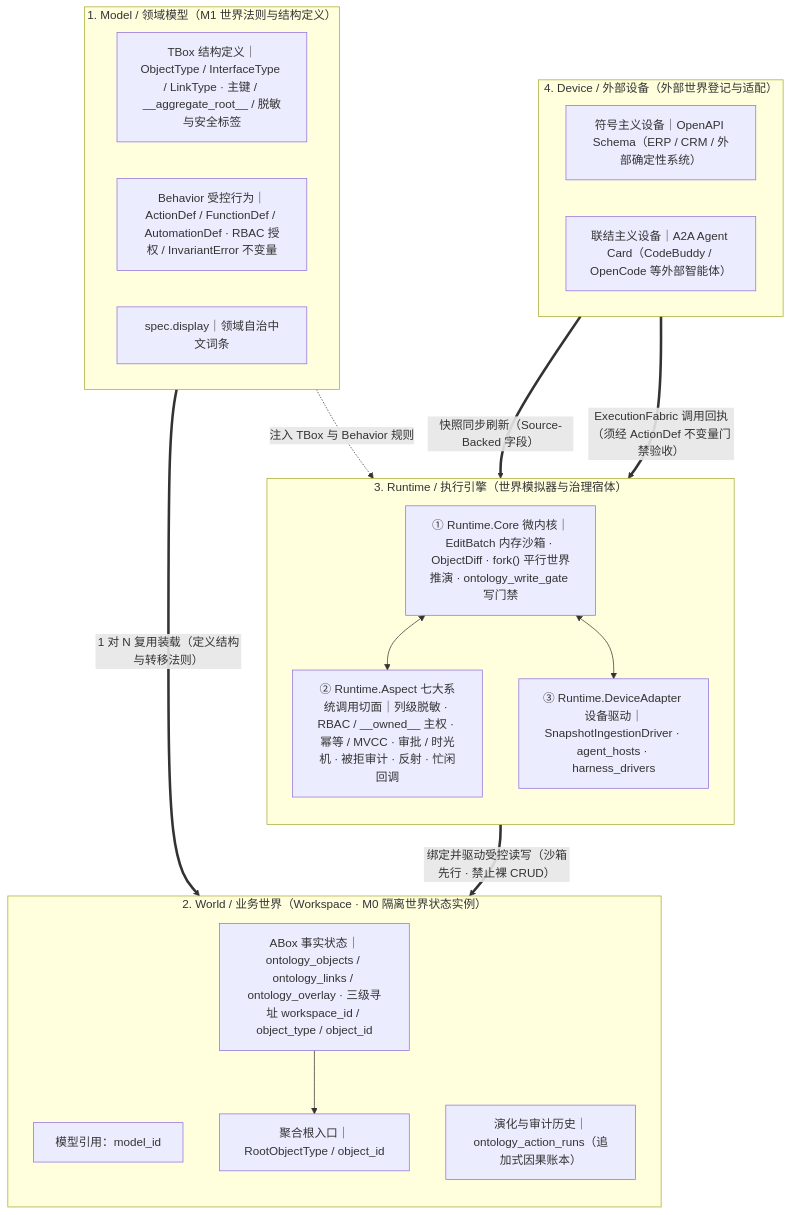
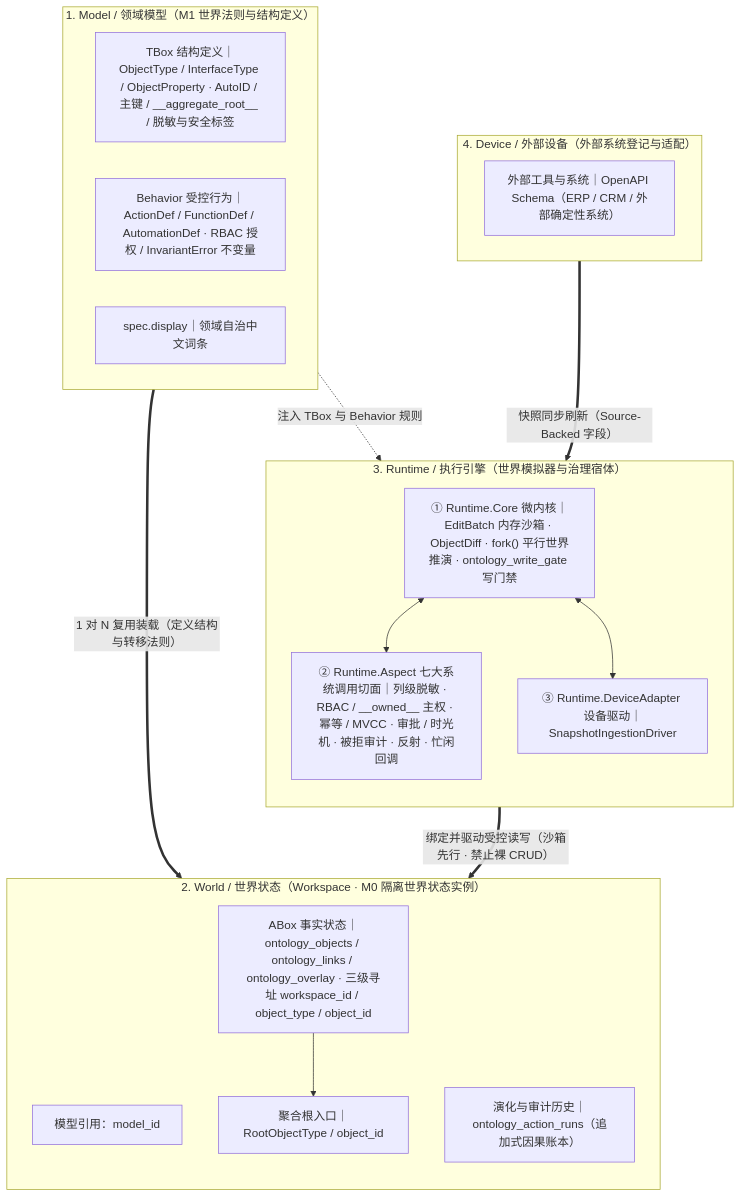
Before and after one commit to guci314/openontology: the first of 3 diagrams in docs/ARCHITECTURE.md, drawn with Mermaid. The commit also changed other lines of this file and 86 other files, not shown here.

````diff
--- a/docs/ARCHITECTURE.md
+++ b/docs/ARCHITECTURE.md
@@ -22,39 +22,37 @@
 ```mermaid
 flowchart TB
     subgraph MODEL["1. Model / 领域模型（M1 世界法则与结构定义）"]
         direction LR
-        TBOX["TBox 结构定义｜ObjectType / InterfaceType / LinkType · 主键 / __aggregate_root__ / 脱敏与安全标签"]
+        TBOX["TBox 结构定义｜ObjectType / InterfaceType / ObjectProperty · AutoID / 主键 / __aggregate_root__ / 脱敏与安全标签"]
         BEHAVIOR["Behavior 受控行为｜ActionDef / FunctionDef / AutomationDef · RBAC 授权 / InvariantError 不变量"]
         DISPLAY["spec.display｜领域自治中文词条"]
     end
 
-    subgraph WORLD["2. World / 业务世界（Workspace · M0 隔离世界状态实例）"]
+    subgraph WORLD["2. World / 世界状态（Workspace · M0 隔离世界状态实例）"]
         direction TB
         MODEL_REF["模型引用：model_id"]
         ABOX["ABox 事实状态｜ontology_objects / ontology_links / ontology_overlay · 三级寻址 workspace_id / object_type / object_id"]
         ROOT["聚合根入口｜RootObjectType / object_id"]
         HISTORY["演化与审计历史｜ontology_action_runs（追加式因果账本）"]
         ABOX --> ROOT
     end
 
     subgraph RUNTIME["3. Runtime / 执行引擎（世界模拟器与治理宿体）"]
         direction TB
         CORE["① Runtime.Core 微内核｜EditBatch 内存沙箱 · ObjectDiff · fork() 平行世界推演 · ontology_write_gate 写门禁"]
         ASPECT["② Runtime.Aspect 七大系统调用切面｜列级脱敏 · RBAC / __owned__ 主权 · 幂等 / MVCC · 审批 / 时光机 · 被拒审计 · 反射 · 忙闲回调"]
-        ADAPTER["③ Runtime.DeviceAdapter 设备驱动｜SnapshotIngestionDriver · agent_hosts · harness_drivers"]
+        ADAPTER["③ Runtime.DeviceAdapter 设备驱动｜SnapshotIngestionDriver"]
         CORE <--> ASPECT
         CORE <--> ADAPTER
     end
 
-    subgraph DEVICE["4. Device / 外部设备（外部世界登记与适配）"]
+    subgraph DEVICE["4. Device / 外部设备（外部系统登记与适配）"]
         direction LR
-        SYMBOLIC["符号主义设备｜OpenAPI Schema（ERP / CRM / 外部确定性系统）"]
-        CONNECTIONIST["联结主义设备｜A2A Agent Card（CodeBuddy / OpenCode 等外部智能体）"]
+        SYMBOLIC["外部工具与系统｜OpenAPI Schema（ERP / CRM / 外部确定性系统）"]
     end
 
     MODEL ==>|"1 对 N 复用装载（定义结构与转移法则）"| WORLD
     MODEL -.->|"注入 TBox 与 Behavior 规则"| CORE
     RUNTIME ==>|"绑定并驱动受控读写（沙箱先行 · 禁止裸 CRUD）"| WORLD
     SYMBOLIC ==>|"快照同步刷新（Source-Backed 字段）"| ADAPTER
-    CONNECTIONIST ==>|"ExecutionFabric 调用回执（须经 ActionDef 不变量门禁验收）"| ADAPTER
 ```
````
